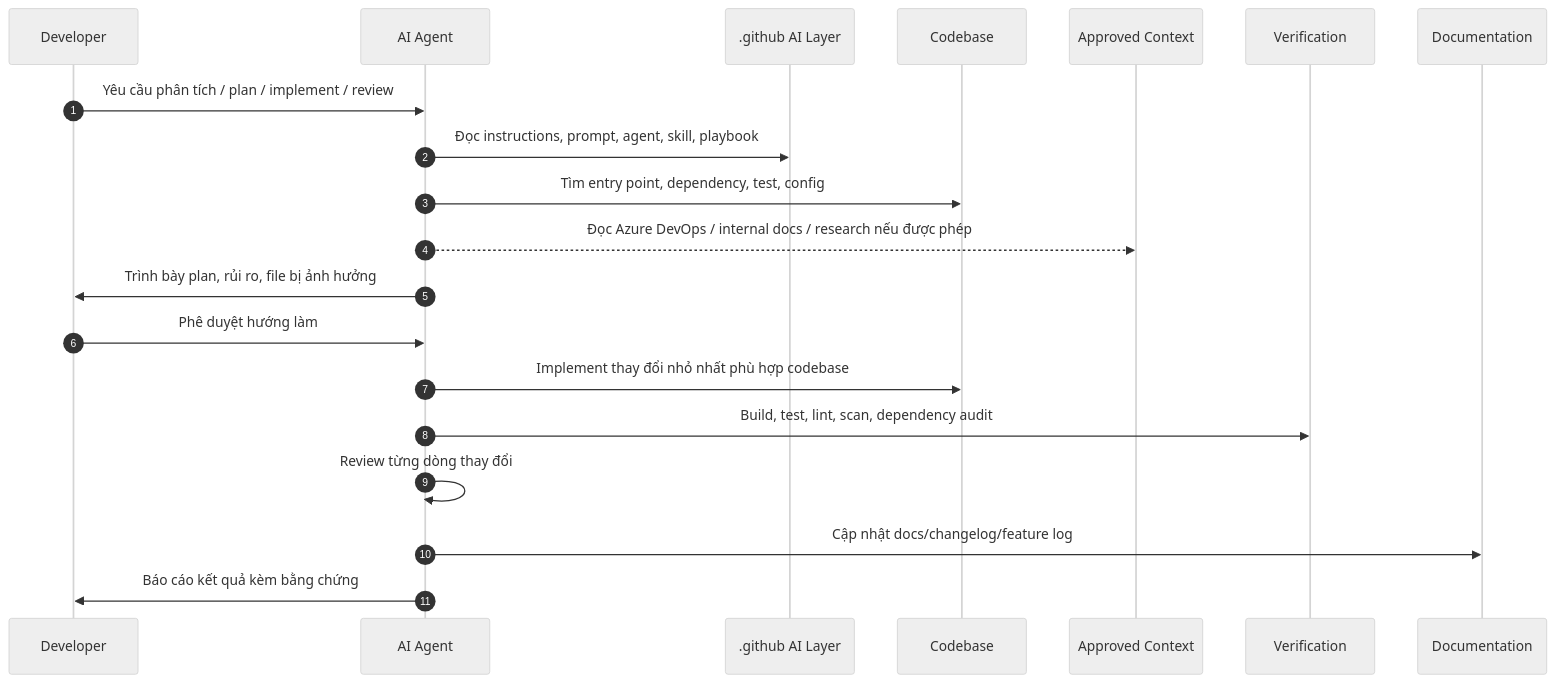
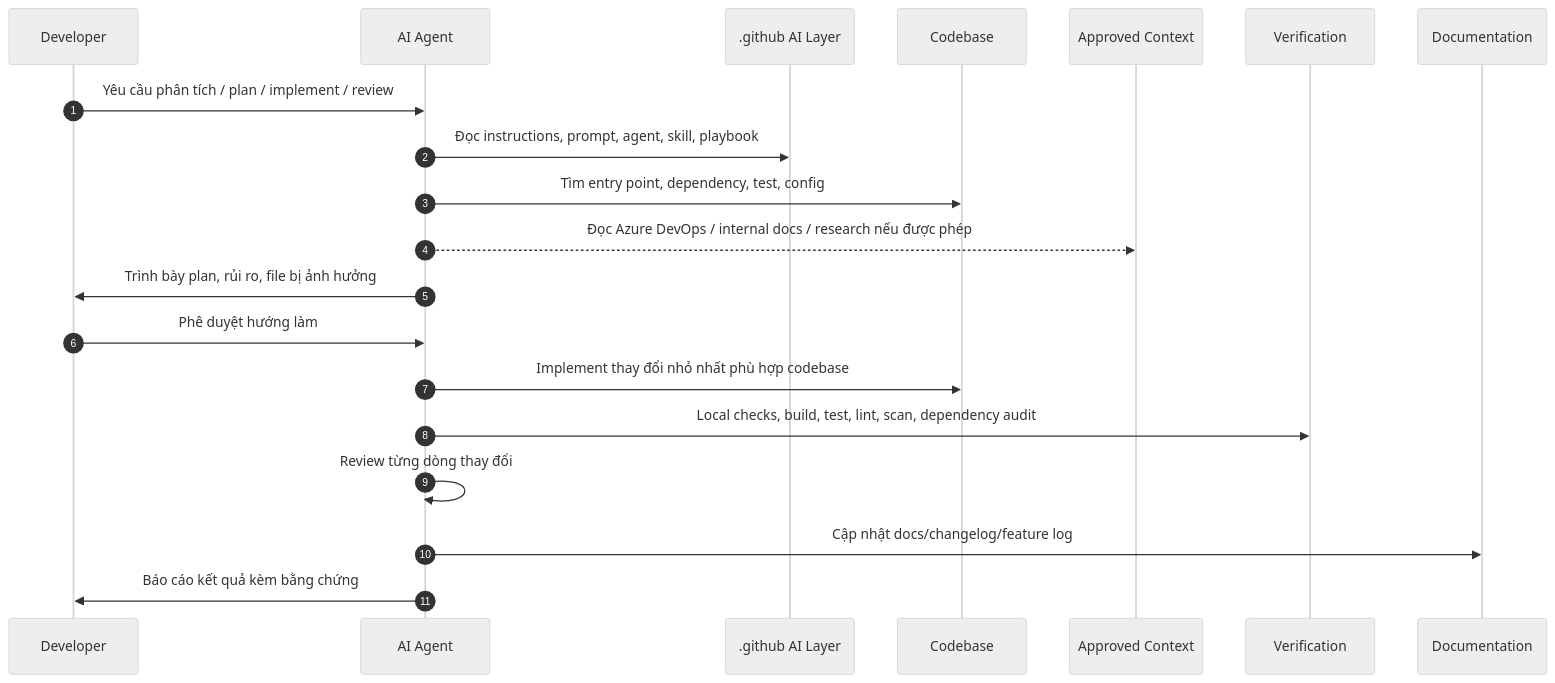
One commit to phatnguyentan11/AI_SKILLS changed the second of 4 diagrams in .github/docs/ai-project-developer-guide.md. Above: the diagram before and after it, drawn with Mermaid (neutral theme). The commit also changed other lines of this file and 16 other files, not shown here.

````diff
--- a/.github/docs/ai-project-developer-guide.md
+++ b/.github/docs/ai-project-developer-guide.md
@@ -140,23 +140,23 @@
 ```mermaid
 sequenceDiagram
     autonumber
     participant Dev as Developer
     participant AI as AI Agent
     participant GH as .github AI Layer
     participant Code as Codebase
     participant Ext as Approved Context
     participant Verify as Verification
     participant Docs as Documentation
 
     Dev->>AI: Yêu cầu phân tích / plan / implement / review
     AI->>GH: Đọc instructions, prompt, agent, skill, playbook
     AI->>Code: Tìm entry point, dependency, test, config
     AI-->>Ext: Đọc Azure DevOps / internal docs / research nếu được phép
     AI->>Dev: Trình bày plan, rủi ro, file bị ảnh hưởng
     Dev->>AI: Phê duyệt hướng làm
     AI->>Code: Implement thay đổi nhỏ nhất phù hợp codebase
-    AI->>Verify: Build, test, lint, scan, dependency audit
+    AI->>Verify: Local checks, build, test, lint, scan, dependency audit
     AI->>AI: Review từng dòng thay đổi
     AI->>Docs: Cập nhật docs/changelog/feature log
     AI->>Dev: Báo cáo kết quả kèm bằng chứng
 ```
````
